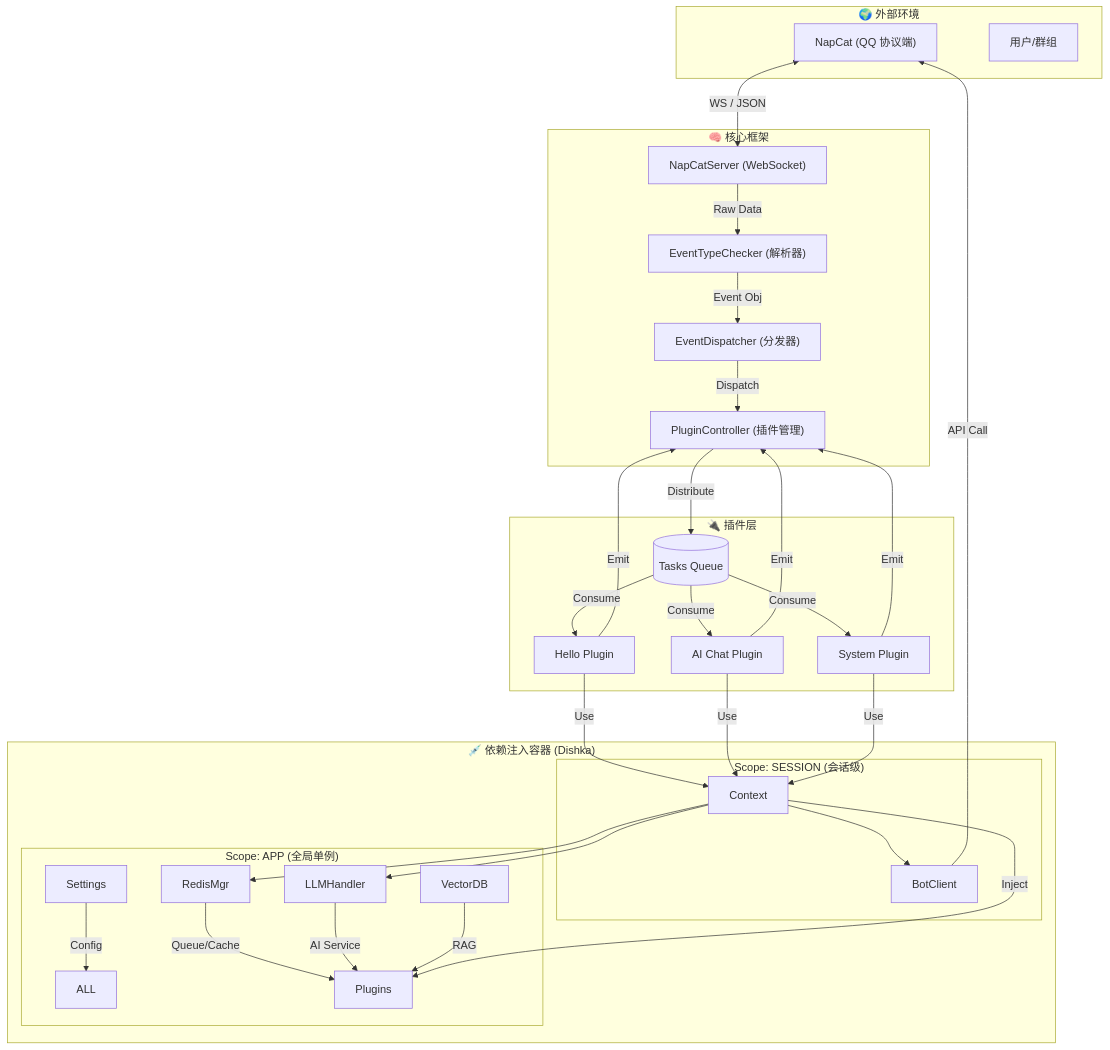
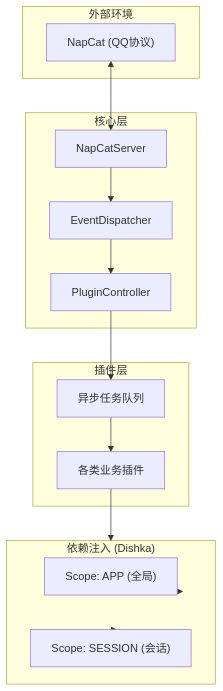
Before and after one commit to yexi-by/MyBot: the first of 2 diagrams in README.md, drawn with Mermaid. The commit also changed other lines of this file, not shown here.

````diff
--- a/README.md
+++ b/README.md
@@ -31,47 +116,31 @@
 ```mermaid
 graph TB
-    subgraph External["🌍 外部环境"]
-        NapCat["NapCat (QQ 协议端)"]
-        User["用户/群组"]
+    subgraph External["外部环境"]
+        NapCat["NapCat (QQ协议)"]
     end
 
-    subgraph Core["🧠 核心框架"]
-        Server["NapCatServer (WebSocket)"]
-        Dispatcher["EventDispatcher (分发器)"]
-        PluginCtrl["PluginController (插件管理)"]
-        EventType["EventTypeChecker (解析器)"]
+    subgraph Core["核心层"]
+        Server["NapCatServer"]
+        Dispatcher["EventDispatcher"]
+        PluginCtrl["PluginController"]
     end
 
-    subgraph DI["💉 依赖注入容器 (Dishka)"]
-        subgraph ScopeApp["Scope: APP (全局单例)"]
-            Settings -->|Config| ALL
-            RedisMgr -->|Queue/Cache| Plugins
-            LLMHandler -->|AI Service| Plugins
-            VectorDB -->|RAG| Plugins
-        end
-        subgraph ScopeSession["Scope: SESSION (会话级)"]
-            BotClient -->|API Call| NapCat
-            Context -->|Inject| Plugins
-        end
+    subgraph DI["依赖注入 (Dishka)"]
+        ScopeApp["Scope: APP (全局)"]
+        ScopeSession["Scope: SESSION (会话)"]
     end
 
-    subgraph PluginLayer["🔌 插件层"]
-        P1["Hello Plugin"]
-        P2["AI Chat Plugin"]
-        P3["System Plugin"]
-        P_Queue[("Tasks Queue")]
+    subgraph Plugins["插件层"]
+        P_List["各类业务插件"]
+        Queue["异步任务队列"]
     end
 
-    %% 连接关系
-    NapCat <-->|WS / JSON| Server
-    Server -->|Raw Data| EventType
-    EventType -->|Event Obj| Dispatcher
-    Dispatcher -->|Dispatch| PluginCtrl
-    PluginCtrl -->|Distribute| P_Queue
-    P_Queue -->|Consume| P1 & P2 & P3
+    NapCat <--> Server
+    Server --> Dispatcher
+    Dispatcher --> PluginCtrl
+    PluginCtrl --> Queue
+    Queue --> P_List
     
-    P1 & P2 & P3 -->|Use| Context
-    P1 & P2 & P3 -->|Emit| PluginCtrl
-    
-    Context --> BotClient & RedisMgr & LLMHandler
+    P_List --> DI
+    DI --> ScopeApp & ScopeSession
 ```
````
